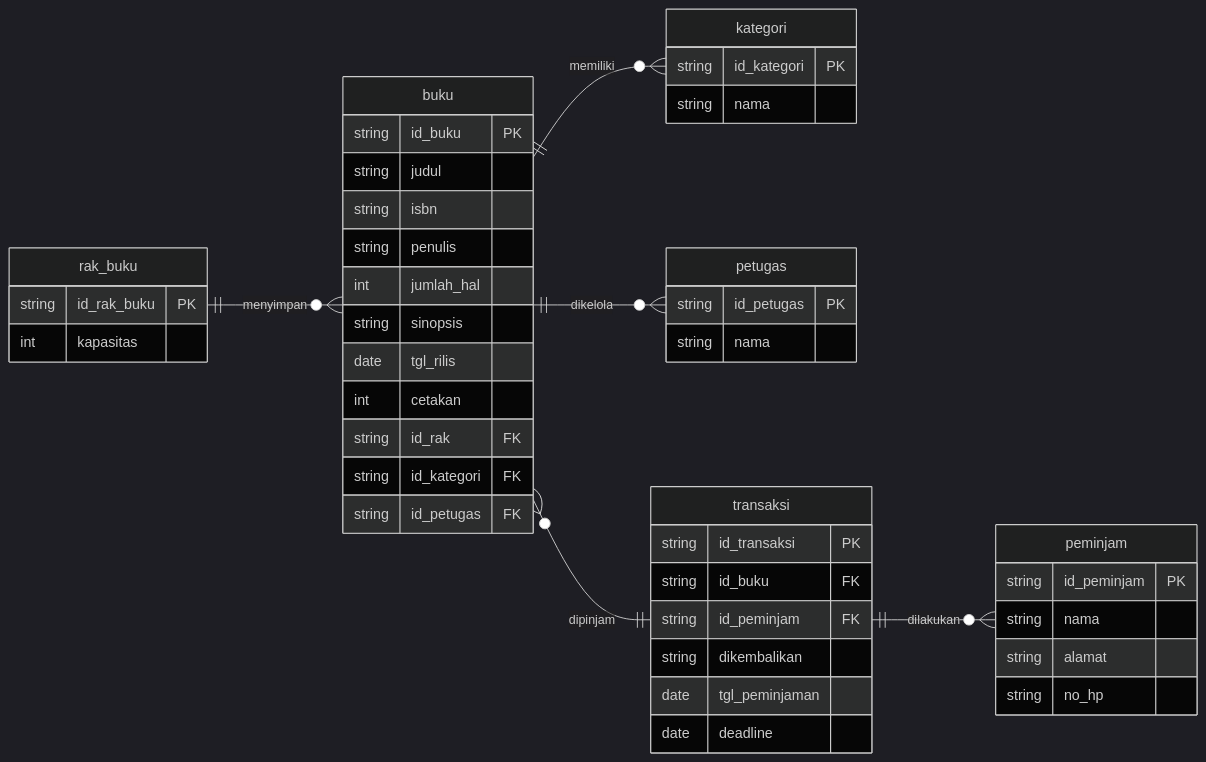
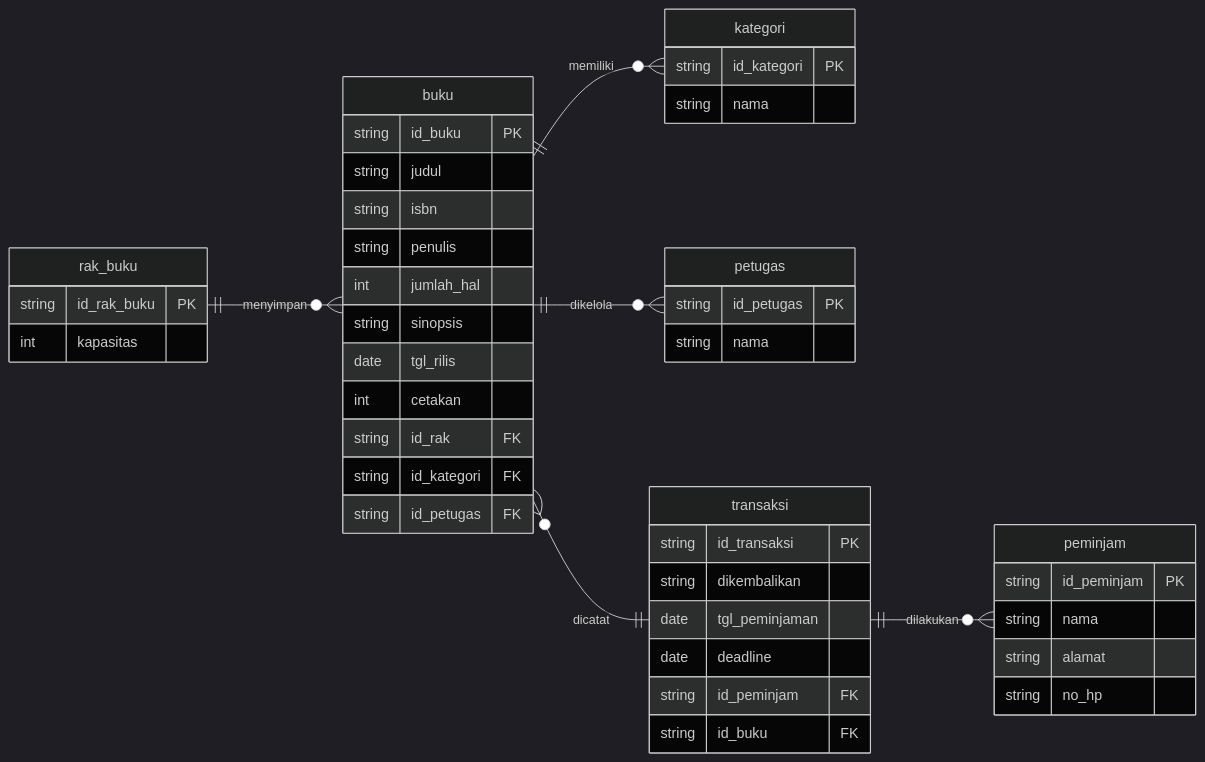
Before and after one commit to yusufbahtiarr/fgo24-db-erd: the diagram in readme.MD, drawn with Mermaid (dark theme).

Commit message:
init: minitask database - erd

````diff
--- a/readme.MD
+++ b/readme.MD
@@ -5,50 +5,50 @@
 ```mermaid
 erDiagram
     direction LR
     rak_buku ||--o{ buku  : menyimpan
     rak_buku {
         string id_rak_buku PK
         int kapasitas
     }
     buku ||--o{ kategori : memiliki
     buku ||--o{ petugas : dikelola
-    buku }o--|| transaksi : dipinjam
+    buku }o--|| transaksi : dicatat
     buku {
         string id_buku PK
         string judul
         string isbn
         string penulis
         int jumlah_hal
         string sinopsis
         date tgl_rilis
         int cetakan
         string id_rak FK
         string id_kategori FK
         string id_petugas FK
     }
     kategori {
         string id_kategori PK
         string nama
     }
 
     petugas {
         string id_petugas PK
         string nama
     }
     peminjam {
         string id_peminjam PK
         string nama
         string alamat
         string no_hp
     }
     transaksi ||--o{ peminjam : dilakukan
     transaksi {
         string id_transaksi PK
-        string id_buku FK
-        string id_peminjam FK
         string dikembalikan
         date tgl_peminjaman
         date deadline
+        string id_peminjam FK
+        string id_buku FK
     }
 
 ```
````
